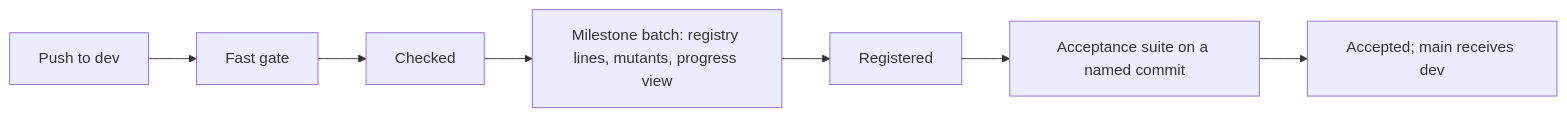
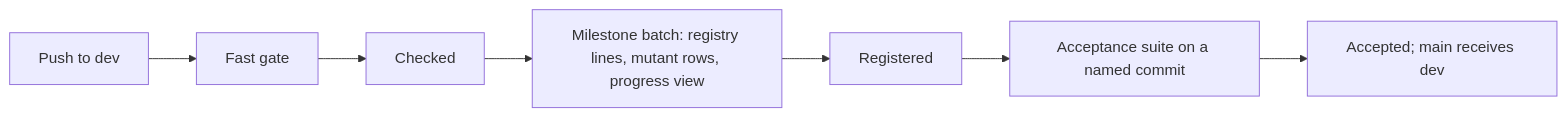
One commit to cla7aye15I4nd/oss-proof changed the diagram in docs/checking/README.md. Above: the diagram before and after it, drawn with Mermaid. The commit also changed other lines of this file and 15 other files, not shown here.

````diff
--- a/docs/checking/README.md
+++ b/docs/checking/README.md
@@ -33,9 +33,9 @@
 ```mermaid
 flowchart LR
     P["Push to dev"] --> G["Fast gate"]
     G --> C["Checked"]
-    C --> M["Milestone batch: registry lines, mutants, progress view"]
+    C --> M["Milestone batch: registry lines, mutant rows, progress view"]
     M --> R["Registered"]
     R --> A["Acceptance suite on a named commit"]
     A --> F["Accepted; main receives dev"]
 ```
````
